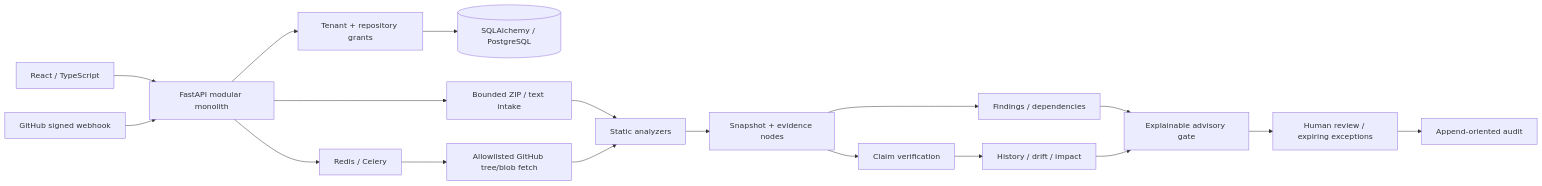
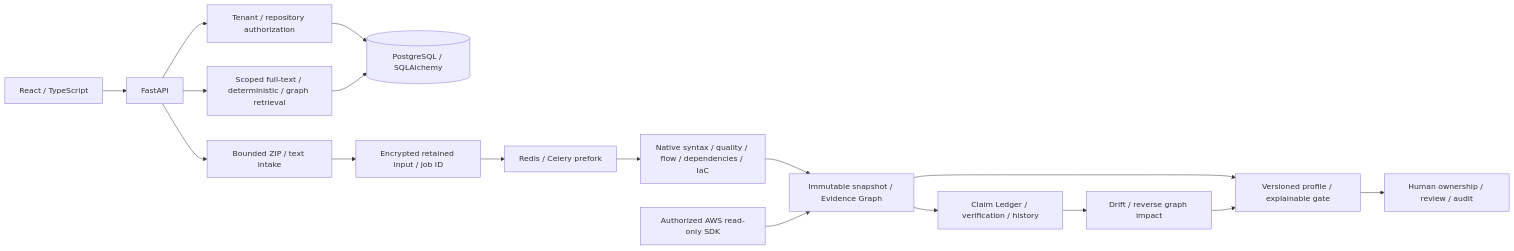
Before and after one commit to maninani12/ProjectTrace: the diagram in ARCHITECTURE.md, drawn with Mermaid. The commit also changed other lines of this file and 48 other files, not shown here.

````diff
--- a/ARCHITECTURE.md
+++ b/ARCHITECTURE.md
@@ -3,20 +3,19 @@
 ```mermaid
 flowchart LR
-  UI[React / TypeScript] --> API[FastAPI modular monolith]
-  API --> ACL[Tenant + repository grants]
-  ACL --> DB[(SQLAlchemy / PostgreSQL)]
-  API --> Import[Bounded ZIP / text intake]
-  Import --> Static[Static analyzers]
-  Static --> Snapshot[Snapshot + evidence nodes]
-  Snapshot --> Claim[Claim verification]
-  Claim --> Drift[History / drift / impact]
-  Snapshot --> Finding[Findings / dependencies]
-  Finding --> Gate[Explainable advisory gate]
-  Drift --> Gate
-  Gate --> Review[Human review / expiring exceptions]
-  Review --> Audit[Append-oriented audit]
-  GH[GitHub signed webhook] --> API
-  API --> Queue[Redis / Celery]
-  Queue --> Fetch[Allowlisted GitHub tree/blob fetch]
-  Fetch --> Static
+ UI[React / TypeScript] --> API[FastAPI]
+ API --> ACL[Tenant / repository authorization]
+ ACL --> DB[(PostgreSQL / SQLAlchemy)]
+ API --> Intake[Bounded ZIP / text intake]
+ Intake --> Queue[Encrypted retained input / job ID]
+ Queue --> Worker[Redis / Celery prefork]
+ Worker --> Native[Native syntax / quality / flow / dependencies / IaC]
+ Native --> Graph[Immutable snapshot / Evidence Graph]
+ Graph --> Claims[Claim Ledger / verification / history]
+ Claims --> Impact[Drift / reverse graph impact]
+ Graph --> Gate[Versioned profile / explainable gate]
+ Impact --> Gate
+ Gate --> Review[Human ownership / review / audit]
+ AWS[Authorized AWS read-only SDK] --> Graph
+ API --> Ask[Scoped full-text / deterministic / graph retrieval]
+ Ask --> DB
 ```
````
